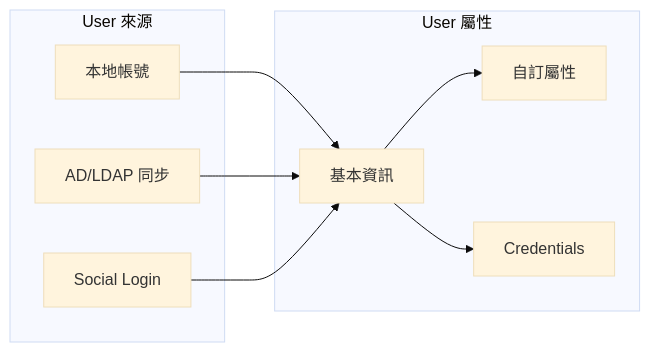
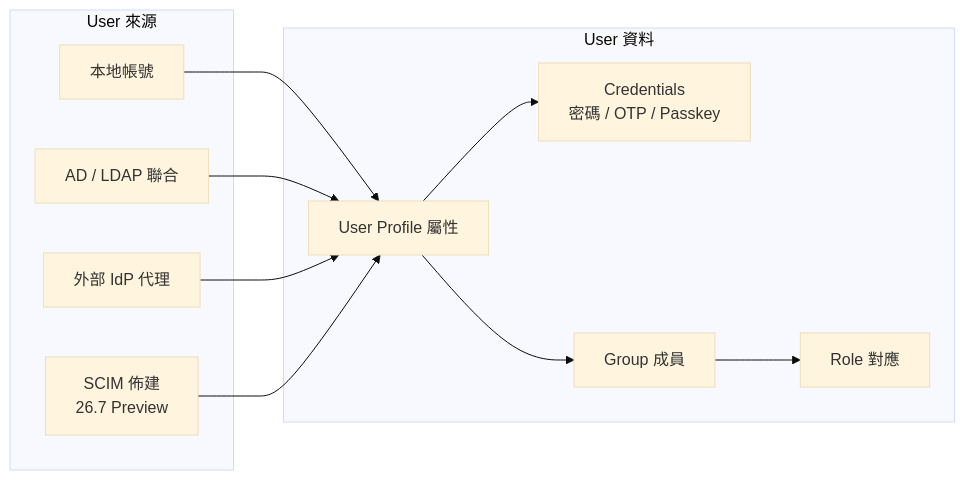
One commit to chihhung/Blog changed the tenth of 19 diagrams in content/posts/教學/工具/Keycloak教學手冊.md. Above: the diagram before and after it, drawn with Mermaid (base theme). The commit also changed other lines of this file and 10 other files, not shown here.

````diff
--- a/content/posts/教學/工具/Keycloak教學手冊.md
+++ b/content/posts/教學/工具/Keycloak教學手冊.md
@@ -908,20 +1911,24 @@
 ```mermaid
 graph LR
-    subgraph "User 來源"
+    subgraph SRC["User 來源"]
         A[本地帳號]
-        B[AD/LDAP 同步]
-        C[Social Login]
+        B[AD / LDAP 聯合]
+        C[外部 IdP 代理]
+        S[SCIM 佈建<br/>26.7 Preview]
     end
-    
-    subgraph "User 屬性"
-        D[基本資訊]
-        E[自訂屬性]
-        F[Credentials]
+
+    subgraph ATTR["User 資料"]
+        D[User Profile 屬性]
+        F[Credentials<br/>密碼 / OTP / Passkey]
+        G[Group 成員]
+        R[Role 對應]
     end
-    
+
     A --> D
     B --> D
     C --> D
-    D --> E
+    S --> D
     D --> F
+    D --> G
+    G --> R
 ```
````
